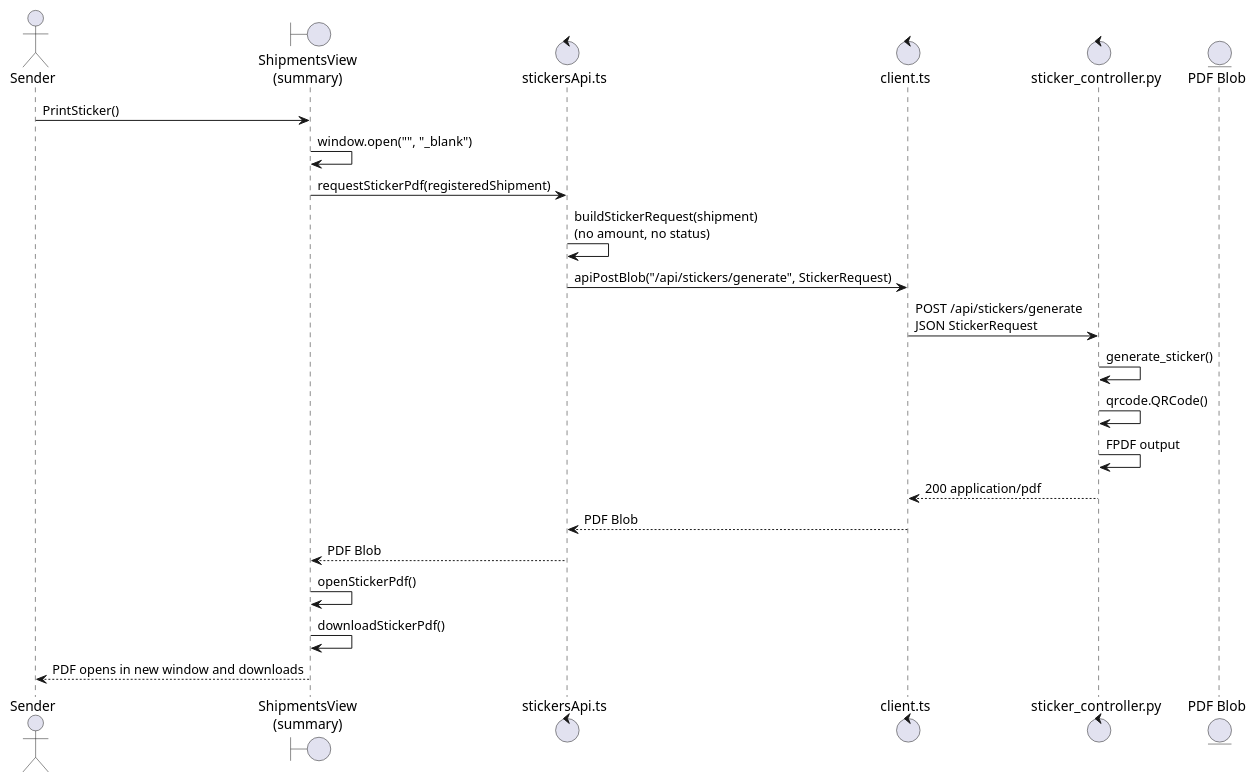
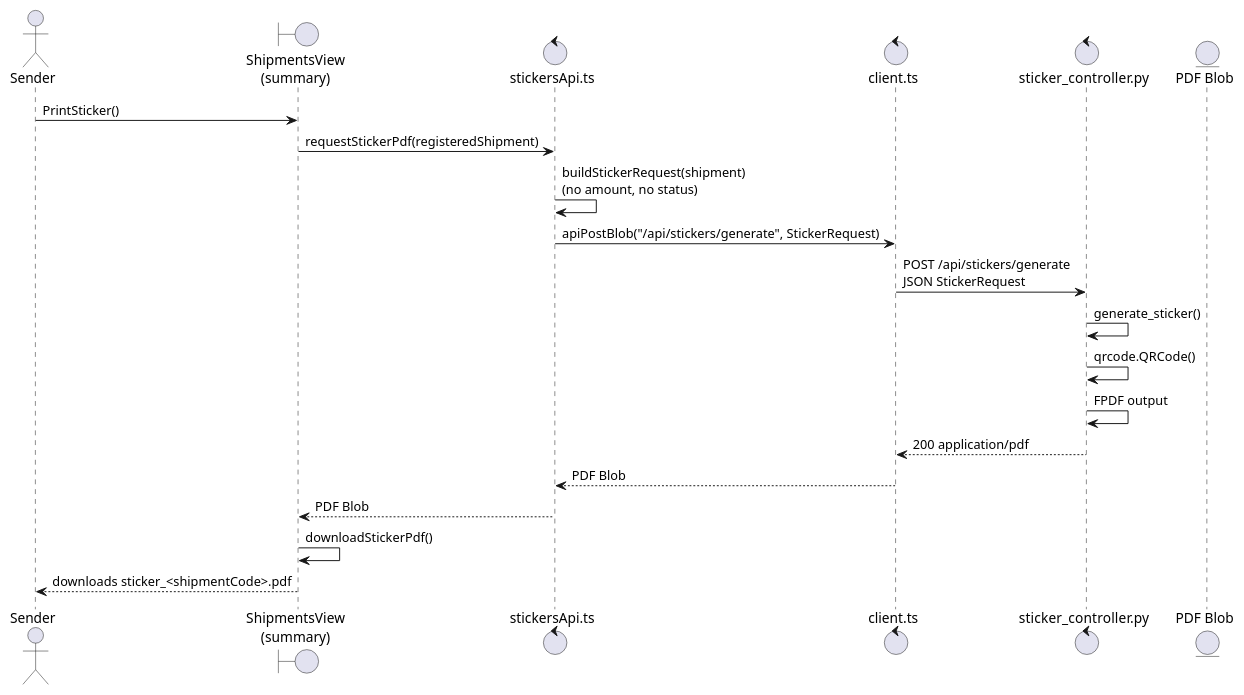
Before and after one commit to JuozasPetryla/pastomaitai: the second of 3 diagrams in docs/architecture/shipment-registration-sequences.md, drawn with PlantUML. The commit also changed other lines of this file and 5 other files, not shown here.

````diff
--- a/docs/architecture/shipment-registration-sequences.md
+++ b/docs/architecture/shipment-registration-sequences.md
@@ -93,26 +107,24 @@
 ```plantuml
 @startuml
 actor Sender
 boundary "ShipmentsView\n(summary)" as Summary
 control "stickersApi.ts" as StickersApi
 control "client.ts" as ApiClient
 control "sticker_controller.py" as StickerController
 entity "PDF Blob" as PdfBlob
 
 Sender -> Summary : PrintSticker()
-Summary -> Summary : window.open("", "_blank")
 Summary -> StickersApi : requestStickerPdf(registeredShipment)
 StickersApi -> StickersApi : buildStickerRequest(shipment)\n(no amount, no status)
 StickersApi -> ApiClient : apiPostBlob("/api/stickers/generate", StickerRequest)
 ApiClient -> StickerController : POST /api/stickers/generate\nJSON StickerRequest
 StickerController -> StickerController : generate_sticker()
 StickerController -> StickerController : qrcode.QRCode()
 StickerController -> StickerController : FPDF output
 StickerController --> ApiClient : 200 application/pdf
 ApiClient --> StickersApi : PDF Blob
 StickersApi --> Summary : PDF Blob
-Summary -> Summary : openStickerPdf()
 Summary -> Summary : downloadStickerPdf()
-Summary --> Sender : PDF opens in new window and downloads
+Summary --> Sender : downloads sticker_<shipmentCode>.pdf
 @enduml
 ```
````
